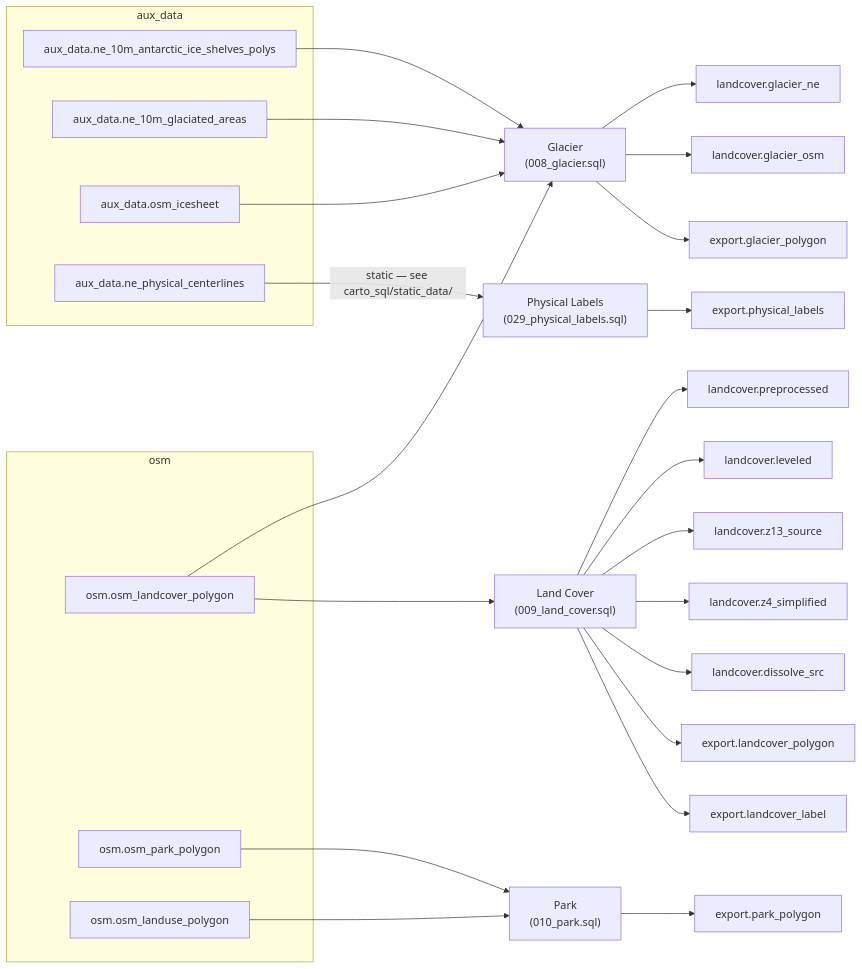
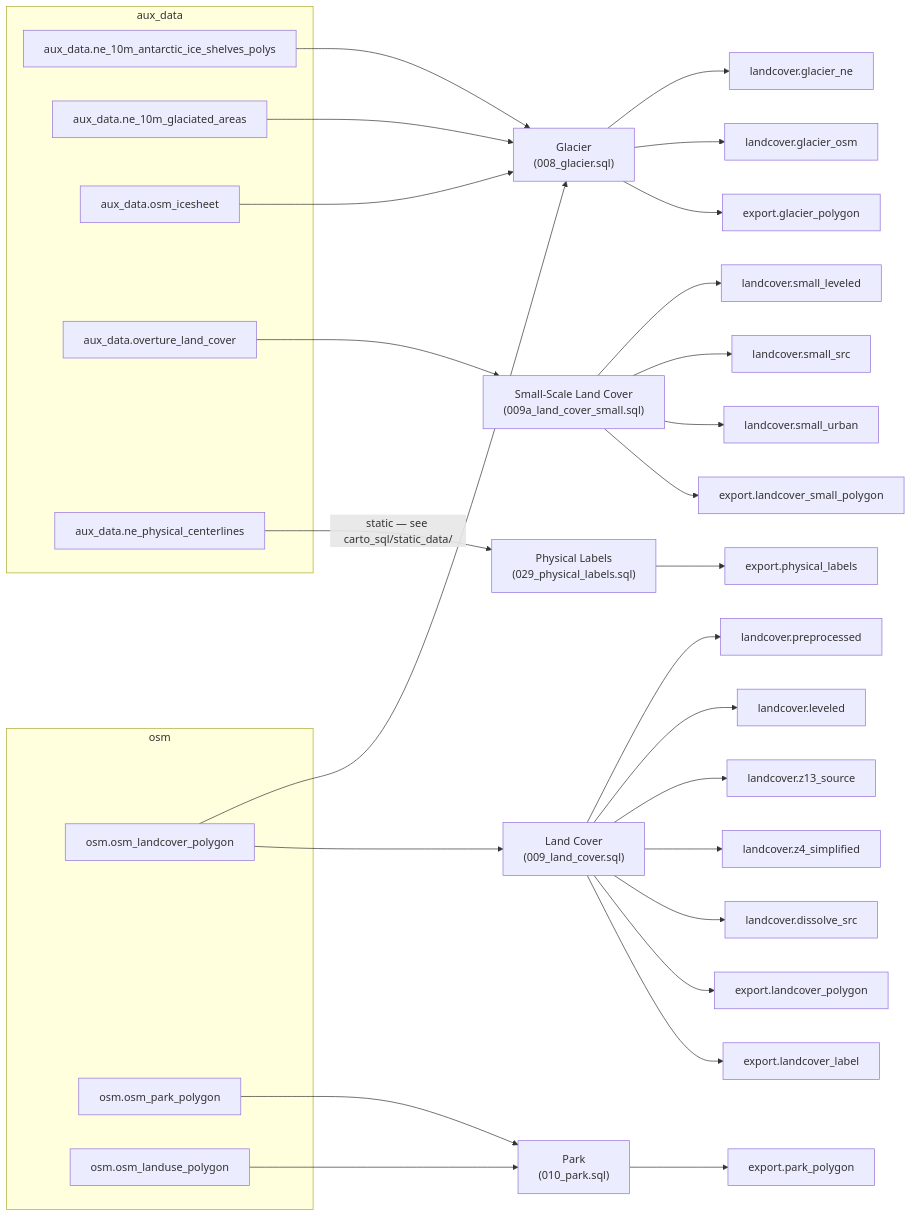
The third of 10 diagrams in docs/schema/database.md (ReleasableBasemapTiles/abt), drawn with Mermaid before and after one commit. The commit also changed other lines of this file and 8 other files, not shown here.

First line of the commit message:
feat(schema): add Overture small-scale land cover layer

````diff
--- a/docs/schema/database.md
+++ b/docs/schema/database.md
@@ -131,50 +131,61 @@
 ```mermaid
 flowchart LR
     subgraph src_osm ["osm"]
         osm_osm_landcover_polygon["osm.osm_landcover_polygon"]
         osm_osm_park_polygon["osm.osm_park_polygon"]
         osm_osm_landuse_polygon["osm.osm_landuse_polygon"]
     end
     subgraph src_aux ["aux_data"]
         aux_data_ne_10m_antarctic_ice_shelves_polys["aux_data.ne_10m_antarctic_ice_shelves_polys"]
         aux_data_ne_10m_glaciated_areas["aux_data.ne_10m_glaciated_areas"]
         aux_data_osm_icesheet["aux_data.osm_icesheet"]
+        aux_data_overture_land_cover["aux_data.overture_land_cover"]
         aux_data_ne_physical_centerlines["aux_data.ne_physical_centerlines"]
     end
     script_008_glacier["Glacier<br/>(008_glacier.sql)"]
     aux_data_ne_10m_antarctic_ice_shelves_polys --> script_008_glacier
     aux_data_ne_10m_glaciated_areas --> script_008_glacier
     osm_osm_landcover_polygon --> script_008_glacier
     aux_data_osm_icesheet --> script_008_glacier
     inter_landcover_glacier_ne["landcover.glacier_ne"]
     script_008_glacier --> inter_landcover_glacier_ne
     inter_landcover_glacier_osm["landcover.glacier_osm"]
     script_008_glacier --> inter_landcover_glacier_osm
     export_glacier_polygon["export.glacier_polygon"]
     script_008_glacier --> export_glacier_polygon
     script_009_land_cover["Land Cover<br/>(009_land_cover.sql)"]
     osm_osm_landcover_polygon --> script_009_land_cover
     inter_landcover_preprocessed["landcover.preprocessed"]
     script_009_land_cover --> inter_landcover_preprocessed
     inter_landcover_leveled["landcover.leveled"]
     script_009_land_cover --> inter_landcover_leveled
     inter_landcover_z13_source["landcover.z13_source"]
     script_009_land_cover --> inter_landcover_z13_source
     inter_landcover_z4_simplified["landcover.z4_simplified"]
     script_009_land_cover --> inter_landcover_z4_simplified
     inter_landcover_dissolve_src["landcover.dissolve_src"]
     script_009_land_cover --> inter_landcover_dissolve_src
     export_landcover_polygon["export.landcover_polygon"]
     script_009_land_cover --> export_landcover_polygon
     export_landcover_label["export.landcover_label"]
     script_009_land_cover --> export_landcover_label
+    script_009a_land_cover_small["Small-Scale Land Cover<br/>(009a_land_cover_small.sql)"]
+    aux_data_overture_land_cover --> script_009a_land_cover_small
+    inter_landcover_small_leveled["landcover.small_leveled"]
+    script_009a_land_cover_small --> inter_landcover_small_leveled
+    inter_landcover_small_src["landcover.small_src"]
+    script_009a_land_cover_small --> inter_landcover_small_src
+    inter_landcover_small_urban["landcover.small_urban"]
+    script_009a_land_cover_small --> inter_landcover_small_urban
+    export_landcover_small_polygon["export.landcover_small_polygon"]
+    script_009a_land_cover_small --> export_landcover_small_polygon
     script_010_park["Park<br/>(010_park.sql)"]
     osm_osm_park_polygon --> script_010_park
     osm_osm_landuse_polygon --> script_010_park
     export_park_polygon["export.park_polygon"]
     script_010_park --> export_park_polygon
     script_029_physical_labels["Physical Labels<br/>(029_physical_labels.sql)"]
     aux_data_ne_physical_centerlines -->|"static — see carto_sql/static_data/"| script_029_physical_labels
     export_physical_labels["export.physical_labels"]
     script_029_physical_labels --> export_physical_labels
 ```
````
